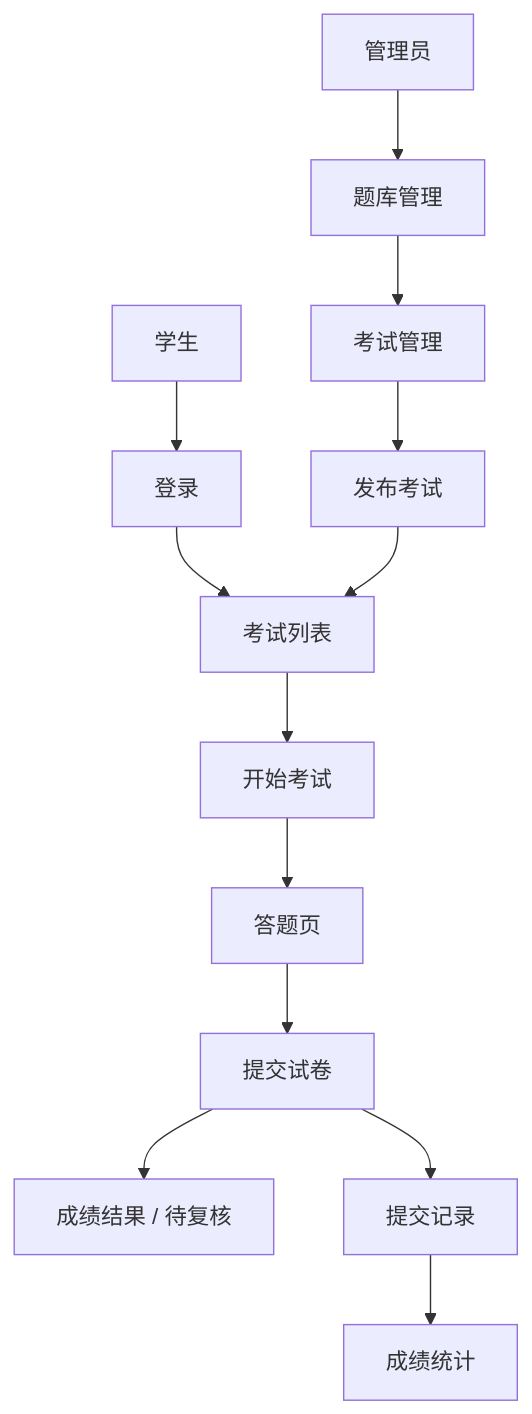
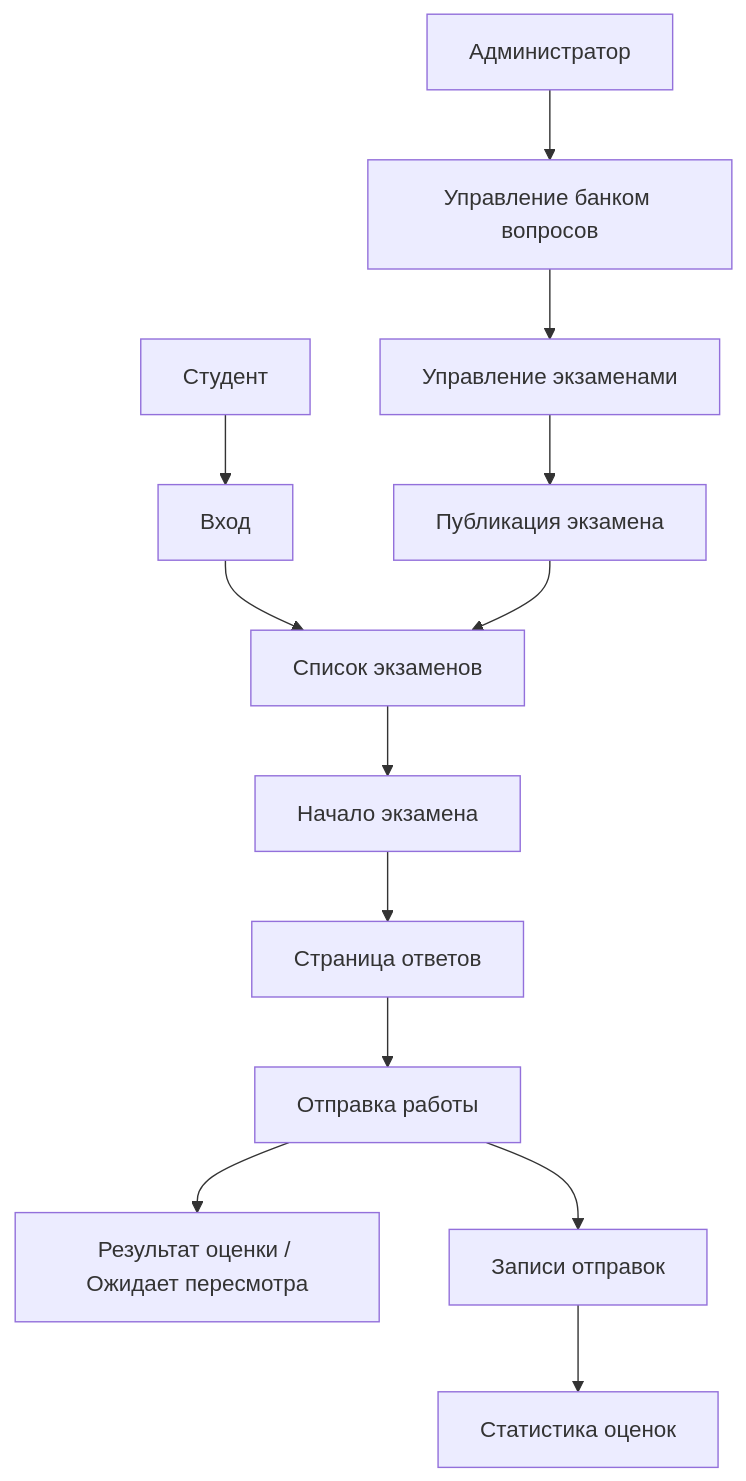
Before and after one commit to Libertad-Harbour-LLC/study_vibe: the second of 2 diagrams in docs/ru-ru/stage-2/assignments/exam-management-express/PRD.md, drawn with Mermaid. The commit also changed other lines of this file and 17 other files, not shown here.

````diff
--- a/docs/ru-ru/stage-2/assignments/exam-management-express/PRD.md
+++ b/docs/ru-ru/stage-2/assignments/exam-management-express/PRD.md
@@ -209,15 +209,15 @@
 ```mermaid
 flowchart TD
-  student["学生"] --> login["登录"]
-  login --> list["考试列表"]
-  list --> start["开始考试"]
-  start --> answer["答题页"]
-  answer --> submit["提交试卷"]
-  submit --> score["成绩结果 / 待复核"]
-  admin["管理员"] --> bank["题库管理"]
-  bank --> exam["考试管理"]
-  exam --> publish["发布考试"]
+  student["Студент"] --> login["Вход"]
+  login --> list["Список экзаменов"]
+  list --> start["Начало экзамена"]
+  start --> answer["Страница ответов"]
+  answer --> submit["Отправка работы"]
+  submit --> score["Результат оценки / Ожидает пересмотра"]
+  admin["Администратор"] --> bank["Управление банком вопросов"]
+  bank --> exam["Управление экзаменами"]
+  exam --> publish["Публикация экзамена"]
   publish --> list
-  submit --> review["提交记录"]
-  review --> scoreAdmin["成绩统计"]
+  submit --> review["Записи отправок"]
+  review --> scoreAdmin["Статистика оценок"]
 ```
````
